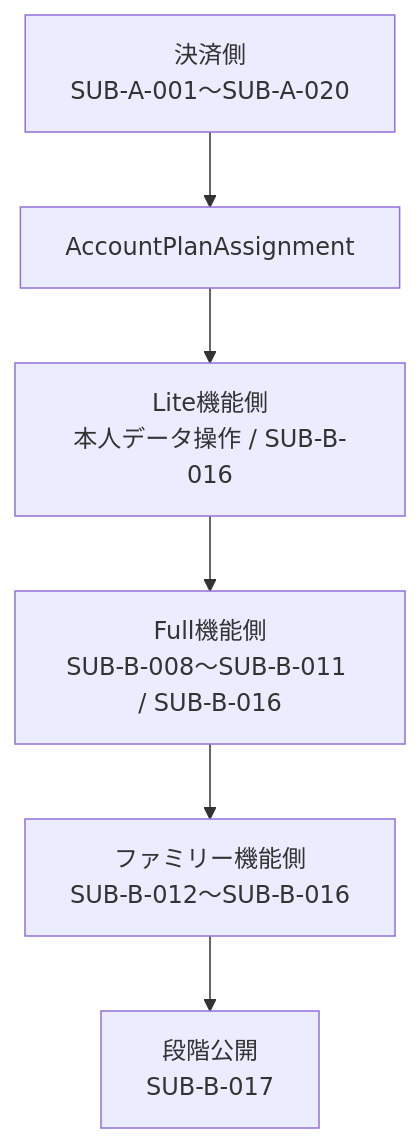
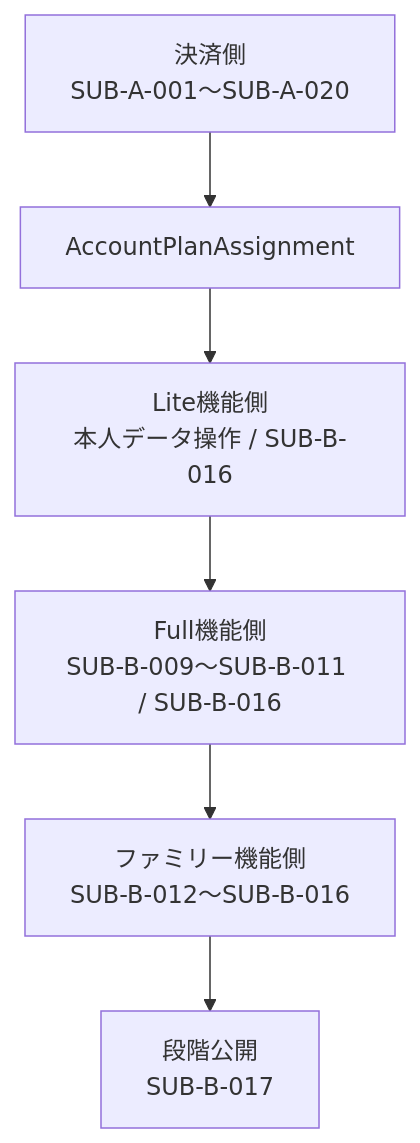
One commit to kkyosuke/me-builder changed the third of 3 diagrams in docs/development/subscription-remaining-tasks.md. Above: the diagram before and after it, drawn with Mermaid. The commit also changed other lines of this file and 13 other files, not shown here.

````diff
--- a/docs/development/subscription-remaining-tasks.md
+++ b/docs/development/subscription-remaining-tasks.md
@@ -99,8 +99,8 @@
 ```mermaid
 flowchart TD
     A[決済側<br/>SUB-A-001〜SUB-A-020] --> I[AccountPlanAssignment]
     I --> L[Lite機能側<br/>本人データ操作 / SUB-B-016]
-    L --> U[Full機能側<br/>SUB-B-008〜SUB-B-011 / SUB-B-016]
+    L --> U[Full機能側<br/>SUB-B-009〜SUB-B-011 / SUB-B-016]
     U --> F[ファミリー機能側<br/>SUB-B-012〜SUB-B-016]
     F --> R[段階公開<br/>SUB-B-017]
 ```
````
